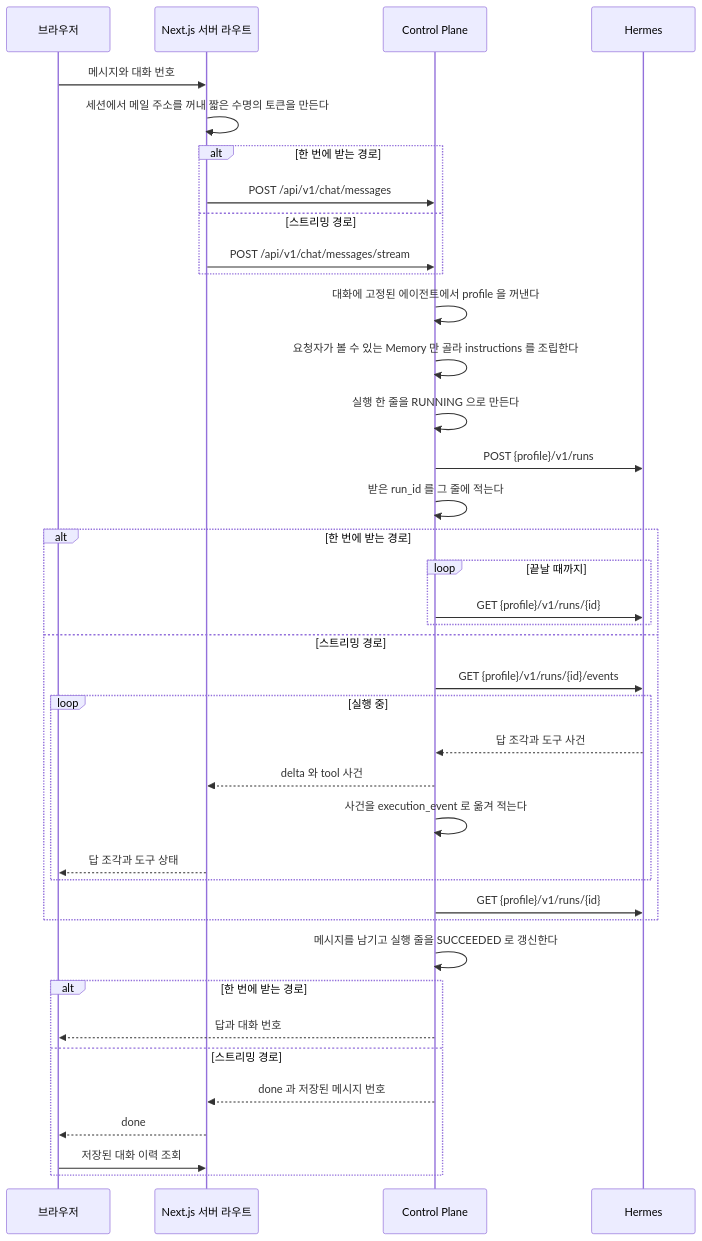
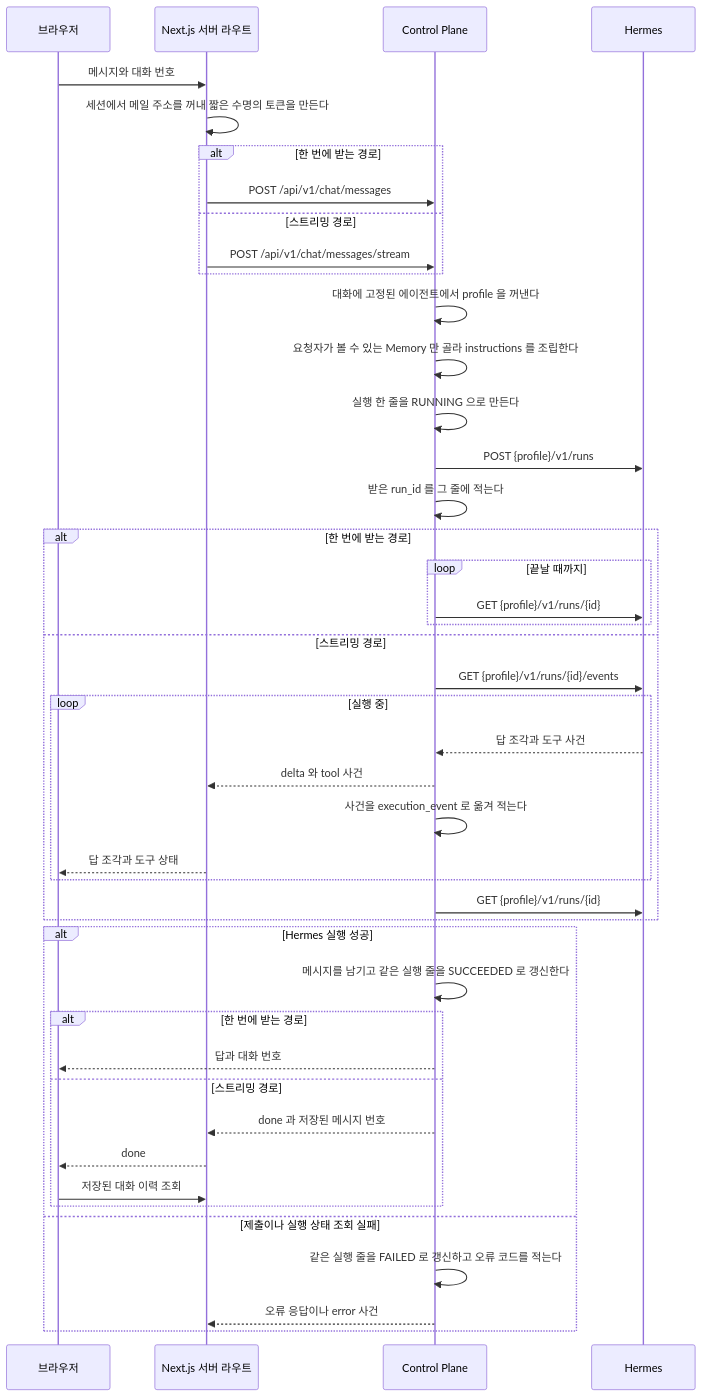
One commit to jon890/fos-assistant changed the first of 3 diagrams in docs/flow.md. Above: the diagram before and after it, drawn with Mermaid. The commit also changed other lines of this file and 8 other files, not shown here.

````diff
--- a/docs/flow.md
+++ b/docs/flow.md
@@ -8,42 +8,47 @@
 ```mermaid
 sequenceDiagram
     participant B as 브라우저
     participant W as Next.js 서버 라우트
     participant C as Control Plane
     participant H as Hermes
 
     B->>W: 메시지와 대화 번호
     W->>W: 세션에서 메일 주소를 꺼내 짧은 수명의 토큰을 만든다
     alt 한 번에 받는 경로
         W->>C: POST /api/v1/chat/messages
     else 스트리밍 경로
         W->>C: POST /api/v1/chat/messages/stream
     end
     C->>C: 대화에 고정된 에이전트에서 profile 을 꺼낸다
     C->>C: 요청자가 볼 수 있는 Memory 만 골라 instructions 를 조립한다
     C->>C: 실행 한 줄을 RUNNING 으로 만든다
     C->>H: POST {profile}/v1/runs
     C->>C: 받은 run_id 를 그 줄에 적는다
     alt 한 번에 받는 경로
         loop 끝날 때까지
             C->>H: GET {profile}/v1/runs/{id}
         end
     else 스트리밍 경로
         C->>H: GET {profile}/v1/runs/{id}/events
         loop 실행 중
             H-->>C: 답 조각과 도구 사건
             C-->>W: delta 와 tool 사건
             C->>C: 사건을 execution_event 로 옮겨 적는다
             W-->>B: 답 조각과 도구 상태
         end
         C->>H: GET {profile}/v1/runs/{id}
     end
-    C->>C: 메시지를 남기고 실행 줄을 SUCCEEDED 로 갱신한다
-    alt 한 번에 받는 경로
-        C-->>B: 답과 대화 번호
-    else 스트리밍 경로
-        C-->>W: done 과 저장된 메시지 번호
-        W-->>B: done
-        B->>W: 저장된 대화 이력 조회
+    alt Hermes 실행 성공
+        C->>C: 메시지를 남기고 같은 실행 줄을 SUCCEEDED 로 갱신한다
+        alt 한 번에 받는 경로
+            C-->>B: 답과 대화 번호
+        else 스트리밍 경로
+            C-->>W: done 과 저장된 메시지 번호
+            W-->>B: done
+            B->>W: 저장된 대화 이력 조회
+        end
+    else 제출이나 실행 상태 조회 실패
+        C->>C: 같은 실행 줄을 FAILED 로 갱신하고 오류 코드를 적는다
+        C-->>W: 오류 응답이나 error 사건
     end
 ```
````
